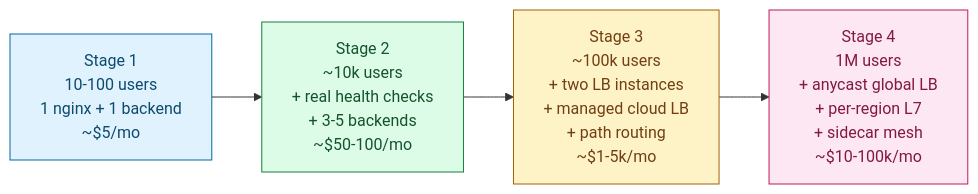
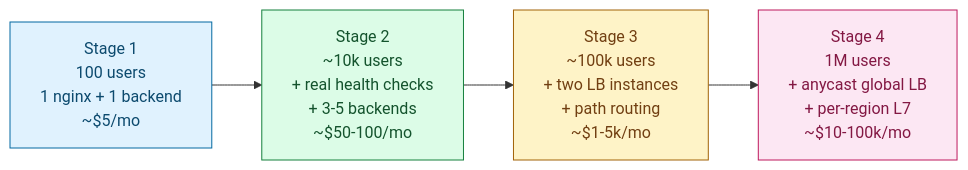
The fifth of 5 diagrams in problems/016-load-balancer/solution.md (shiningflash/system-design), drawn with Mermaid before and after one commit. The commit also changed other lines of this file and 37 other files, not shown here.

````diff
--- a/problems/016-load-balancer/solution.md
+++ b/problems/016-load-balancer/solution.md
@@ -324,14 +320,14 @@
 ```mermaid
 flowchart LR
-    S1["Stage 1\n10-100 users\n1 nginx + 1 backend\n~$5/mo"]:::s1
+    S1["Stage 1\n100 users\n1 nginx + 1 backend\n~$5/mo"]:::s1
     S2["Stage 2\n~10k users\n+ real health checks\n+ 3-5 backends\n~$50-100/mo"]:::s2
-    S3["Stage 3\n~100k users\n+ two LB instances\n+ managed cloud LB\n+ path routing\n~$1-5k/mo"]:::s3
-    S4["Stage 4\n1M users\n+ anycast global LB\n+ per-region L7\n+ sidecar mesh\n~$10-100k/mo"]:::s4
+    S3["Stage 3\n~100k users\n+ two LB instances\n+ path routing\n~$1-5k/mo"]:::s3
+    S4["Stage 4\n1M users\n+ anycast global LB\n+ per-region L7\n~$10-100k/mo"]:::s4
 
     S1 --> S2 --> S3 --> S4
 
     classDef s1 fill:#e0f2fe,stroke:#0369a1,color:#0c4a6e
     classDef s2 fill:#dcfce7,stroke:#15803d,color:#14532d
     classDef s3 fill:#fef3c7,stroke:#a16207,color:#713f12
     classDef s4 fill:#fce7f3,stroke:#be185d,color:#831843
 ```
````
